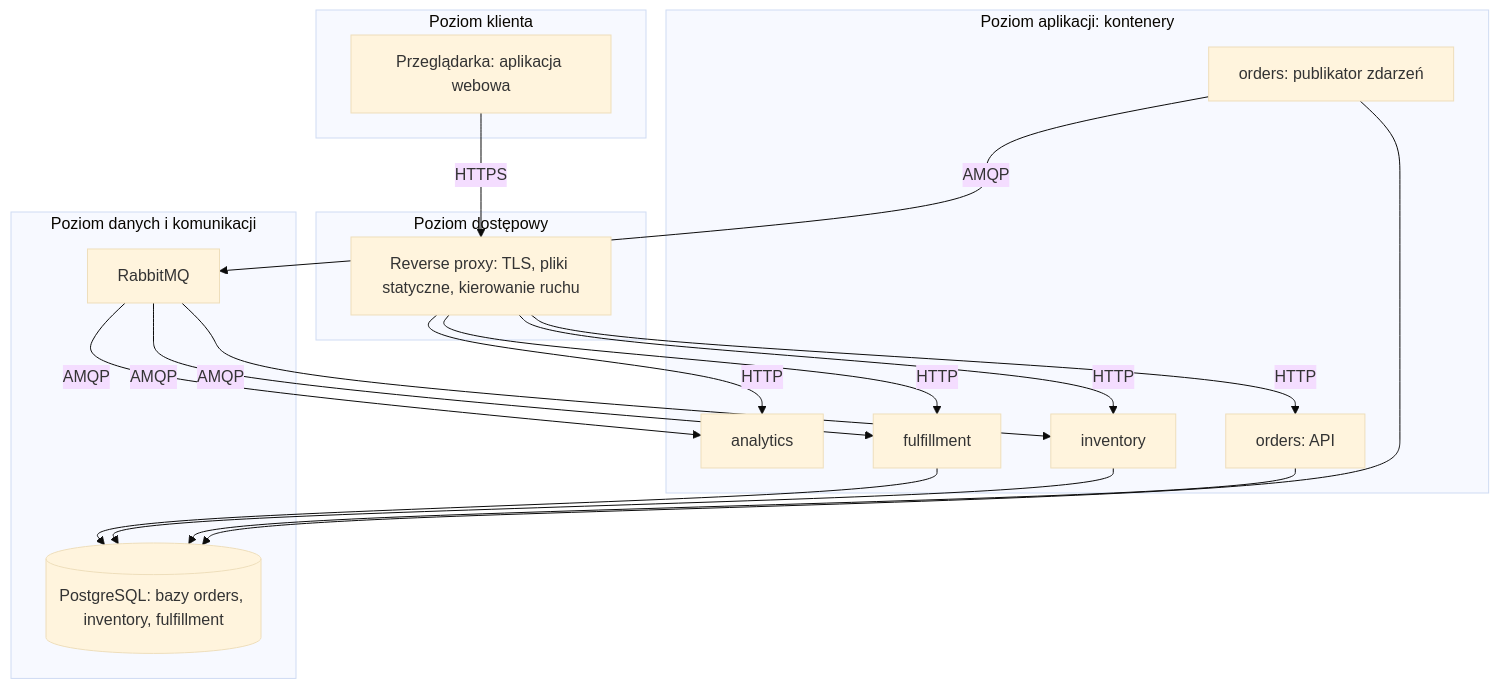
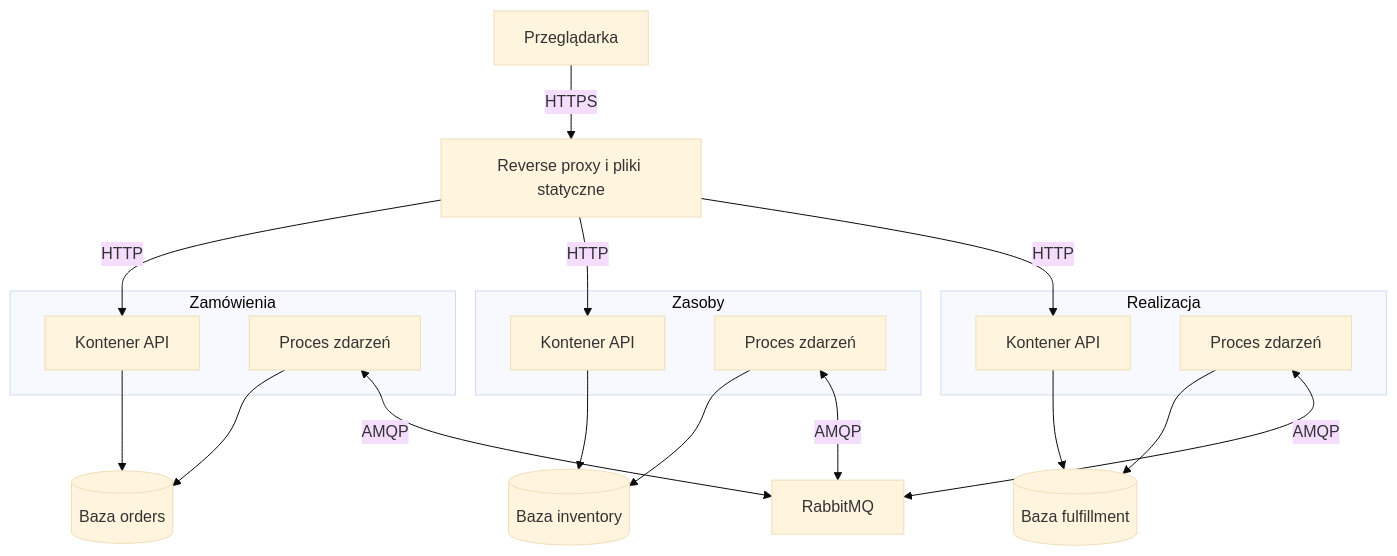
One commit to makskosciolek/catering-management-system changed the sixth of 6 diagrams in docs/raport/rozdzial-06-architektura.md. Above: the diagram before and after it, drawn with Mermaid (base theme). The commit also changed other lines of this file and 11 other files, not shown here.

````diff
--- a/docs/raport/rozdzial-06-architektura.md
+++ b/docs/raport/rozdzial-06-architektura.md
@@ -398,33 +416,34 @@
 ```mermaid
 flowchart TB
-    subgraph t1 ["Poziom klienta"]
-        b["Przeglądarka: aplikacja webowa"]
+    b["Przeglądarka"]
+    px["Reverse proxy i pliki statyczne"]
+    subgraph orders ["Zamówienia"]
+        oapi["Kontener API"]
+        oworker["Proces zdarzeń"]
     end
-    subgraph t2 ["Poziom dostępowy"]
-        px["Reverse proxy: TLS, pliki statyczne, kierowanie ruchu"]
+    subgraph inventory ["Zasoby"]
+        iapi["Kontener API"]
+        iworker["Proces zdarzeń"]
     end
-    subgraph t3 ["Poziom aplikacji: kontenery"]
-        c1["orders: API"]
-        c2["orders: publikator zdarzeń"]
-        c3["inventory"]
-        c4["fulfillment"]
-        c5["analytics"]
+    subgraph fulfillment ["Realizacja"]
+        fapi["Kontener API"]
+        fworker["Proces zdarzeń"]
     end
-    subgraph t4 ["Poziom danych i komunikacji"]
-        pg[("PostgreSQL: bazy orders, inventory, fulfillment")]
-        rmq["RabbitMQ"]
-    end
+    odb[("Baza orders")]
+    idb[("Baza inventory")]
+    fdb[("Baza fulfillment")]
+    rmq["RabbitMQ"]
     b -- "HTTPS" --> px
-    px -- "HTTP" --> c1
-    px -- "HTTP" --> c3
-    px -- "HTTP" --> c4
-    px -- "HTTP" --> c5
-    c1 --> pg
-    c2 --> pg
-    c3 --> pg
-    c4 --> pg
-    c2 -- "AMQP" --> rmq
-    rmq -- "AMQP" --> c3
-    rmq -- "AMQP" --> c4
-    rmq -- "AMQP" --> c5
+    px -- "HTTP" --> oapi
+    px -- "HTTP" --> iapi
+    px -- "HTTP" --> fapi
+    oapi --> odb
+    oworker --> odb
+    iapi --> idb
+    iworker --> idb
+    fapi --> fdb
+    fworker --> fdb
+    oworker <-->|AMQP| rmq
+    iworker <-->|AMQP| rmq
+    fworker <-->|AMQP| rmq
 ```
````
